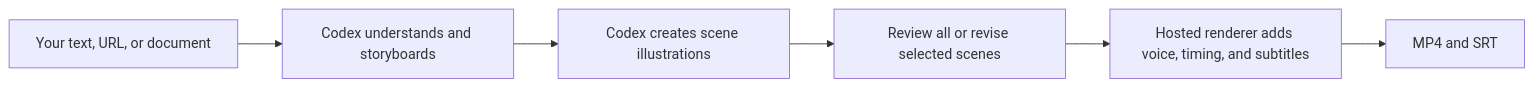
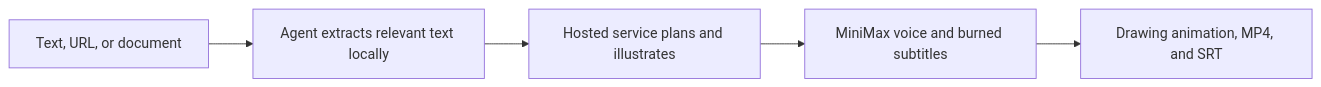
The diagram in README.md (SpeedPainterOrg/explainer-video), drawn with Mermaid before and after one commit. The commit also changed other lines of this file and 6 other files, not shown here.

````diff
--- a/README.md
+++ b/README.md
@@ -92,8 +103,7 @@
 ```mermaid
 flowchart LR
-    A["Your text, URL, or document"] --> B["Codex understands and storyboards"]
-    B --> C["Codex creates scene illustrations"]
-    C --> R["Review all or revise selected scenes"]
-    R --> D["Hosted renderer adds voice, timing, and subtitles"]
-    D --> E["MP4 and SRT"]
+    A["Text, URL, or document"] --> B["Agent extracts relevant text locally"]
+    B --> C["Hosted service plans and illustrates"]
+    C --> D["MiniMax voice and burned subtitles"]
+    D --> E["Drawing animation, MP4, and SRT"]
 ```
````
